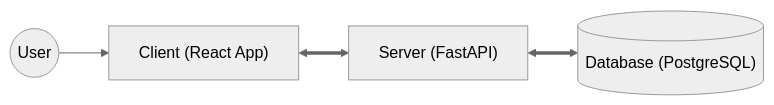
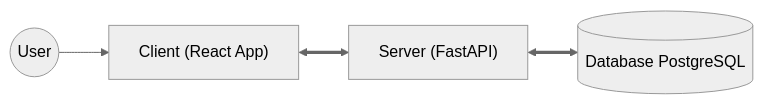
Before and after one commit to aidilsaputrakirsan-classroom/cc-kelompok-a-extraordinary: the first of 6 diagrams in README.md, drawn with Mermaid (neutral theme).

Commit message:
docs(readme): fix database cylinder syntax in both diagrams

````diff
--- a/README.md
+++ b/README.md
@@ -187,6 +187,6 @@
 ```mermaid
 graph LR
     User((User)) --> Frontend["Client (React App)"]
     Frontend <==> API["Server (FastAPI)"]
-    API <==> DB[("Database (PostgreSQL)")]
+    API <==> DB[(Database PostgreSQL)]
 ```
````
